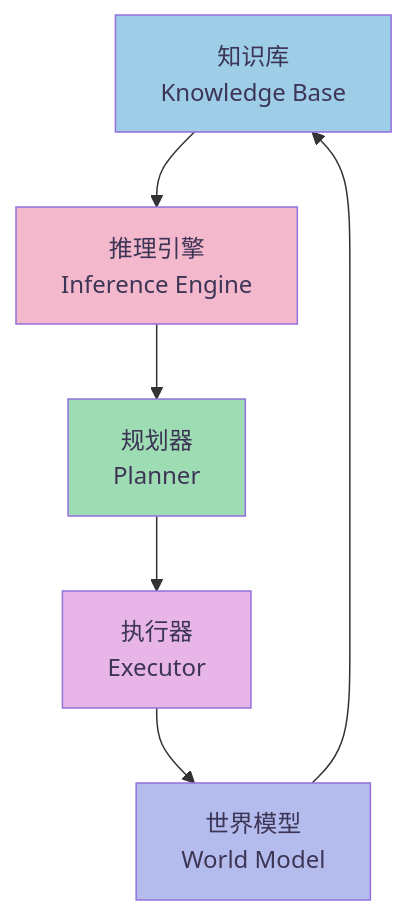
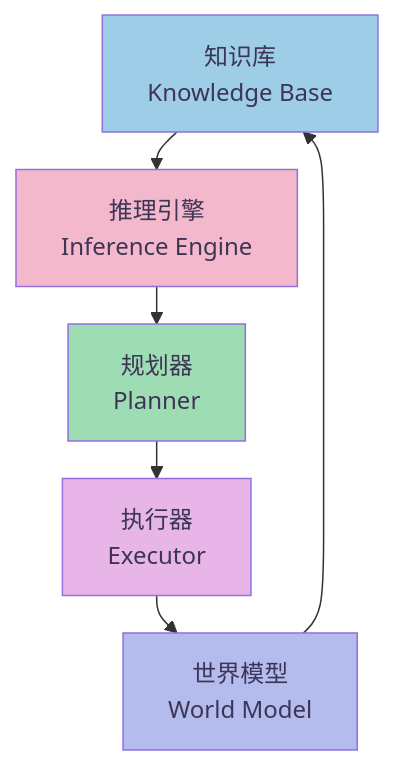
The second of 12 diagrams in _posts/2026-04-15-ai-agent.md (caoping0623/caoping0623.github.io), drawn with Mermaid before and after one commit. The commit also changed other lines of this file and 2 other files, not shown here.

Commit message:
Fix TOC: inline collapsible; thinner arrows; compact diagrams 2.1/4.1
Agent-Logs-Url: https://github.com/caoping0623/caoping0623.github.io/sessions/ba797012-05d6-45b8-b5de-ae155e93bee6

```diff
--- a/_posts/2026-04-15-ai-agent.md
+++ b/_posts/2026-04-15-ai-agent.md
@@ -83,14 +83,15 @@
 <div class="mermaid">
+%%{init: {'flowchart': {'rankSpacing': 25, 'nodeSpacing': 15}}}%%
 graph TB
     KB[知识库<br/>Knowledge Base] --> IE[推理引擎<br/>Inference Engine]
     IE --> P[规划器<br/>Planner]
     P --> E[执行器<br/>Executor]
     E --> W[世界模型<br/>World Model]
     W --> KB
 
     style KB fill:#9ecde8,color:#3d3556
     style IE fill:#f4b8cc,color:#3d3556
     style P fill:#9edcb4,color:#3d3556
     style E fill:#e8b5e8,color:#3d3556
     style W fill:#b4bcee,color:#3d3556
 </div>
```
